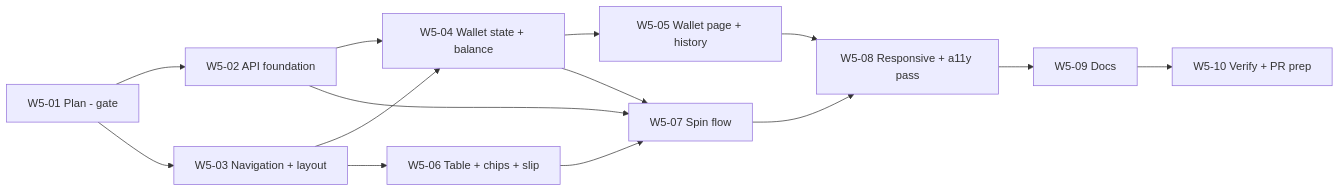
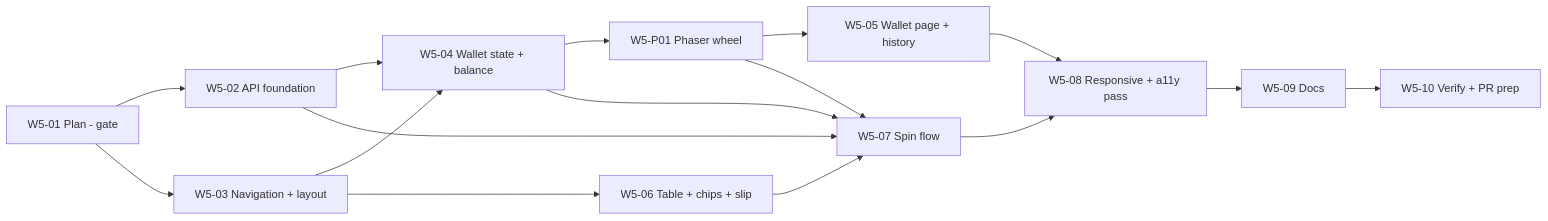
The diagram in docs/plans/week-05.md (EmilyStoyanova/online-casino-simulator), drawn with Mermaid before and after one commit. The commit also changed other lines of this file and 21 other files, not shown here.

First line of the commit message:
feat(frontend): add Phaser roulette wheel foundation

````diff
--- a/docs/plans/week-05.md
+++ b/docs/plans/week-05.md
@@ -960,16 +1129,18 @@
 ```mermaid
 graph LR
     W501[W5-01 Plan - gate] --> W502[W5-02 API foundation]
     W501 --> W503[W5-03 Navigation + layout]
     W502 --> W504[W5-04 Wallet state + balance]
     W503 --> W504
-    W504 --> W505[W5-05 Wallet page + history]
+    W504 --> WP01[W5-P01 Phaser wheel]
+    WP01 --> W505[W5-05 Wallet page + history]
     W503 --> W506[W5-06 Table + chips + slip]
     W502 --> W507[W5-07 Spin flow]
     W504 --> W507
+    WP01 --> W507
     W506 --> W507
     W505 --> W508[W5-08 Responsive + a11y pass]
     W507 --> W508
     W508 --> W509[W5-09 Docs]
     W509 --> W510[W5-10 Verify + PR prep]
 ```
````
